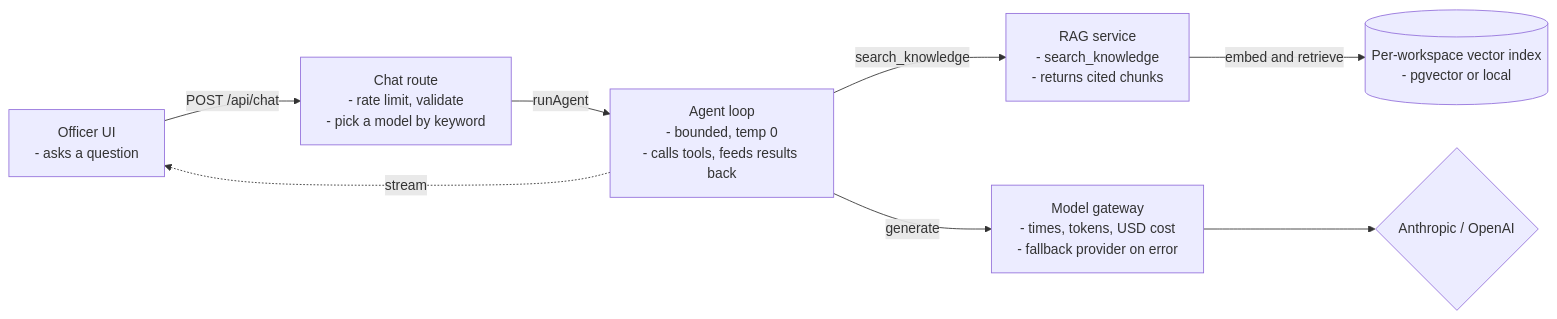
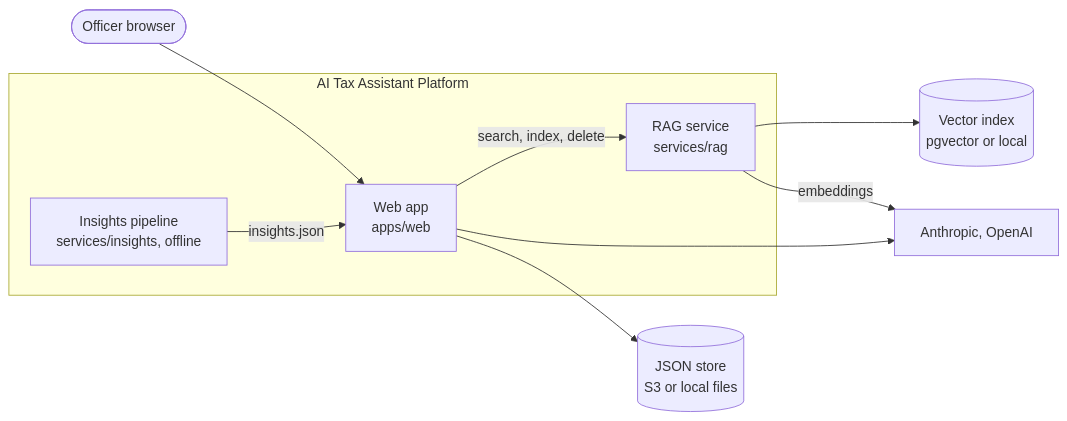
The second of 7 diagrams in README.md (elleskay/ai-tax-assistant-platform), drawn with Mermaid before and after one commit. The commit also changed other lines of this file, not shown here.

````diff
--- a/README.md
+++ b/README.md
@@ -135,17 +155,19 @@
 ```mermaid
 flowchart LR
-  UI["Officer UI<br/>- asks a question"]
-  API["Chat route<br/>- rate limit, validate<br/>- pick a model by keyword"]
-  Agent["Agent loop<br/>- bounded, temp 0<br/>- calls tools, feeds results back"]
-  GW["Model gateway<br/>- times, tokens, USD cost<br/>- fallback provider on error"]
-  Prov{"Anthropic / OpenAI"}
-  RAG["RAG service<br/>- search_knowledge<br/>- returns cited chunks"]
-  VEC[("Per-workspace vector index<br/>- pgvector or local")]
-  UI -->|"POST /api/chat"| API
-  API -->|runAgent| Agent
-  Agent -->|search_knowledge| RAG
-  RAG -->|"embed and retrieve"| VEC
-  Agent -->|generate| GW
-  GW --> Prov
-  Agent -.stream.-> UI
+  Officer(["Officer browser"])
+  subgraph platform["AI Tax Assistant Platform"]
+    Web["Web app<br/>apps/web"]
+    RAG["RAG service<br/>services/rag"]
+    Ins["Insights pipeline<br/>services/insights, offline"]
+  end
+  Store[("JSON store<br/>S3 or local files")]
+  Vec[("Vector index<br/>pgvector or local")]
+  LLM["Anthropic, OpenAI"]
+  Officer --> Web
+  Web -- "search, index, delete" --> RAG
+  RAG --> Vec
+  RAG -- "embeddings" --> LLM
+  Web --> Store
+  Web --> LLM
+  Ins -- "insights.json" --> Web
 ```
````
